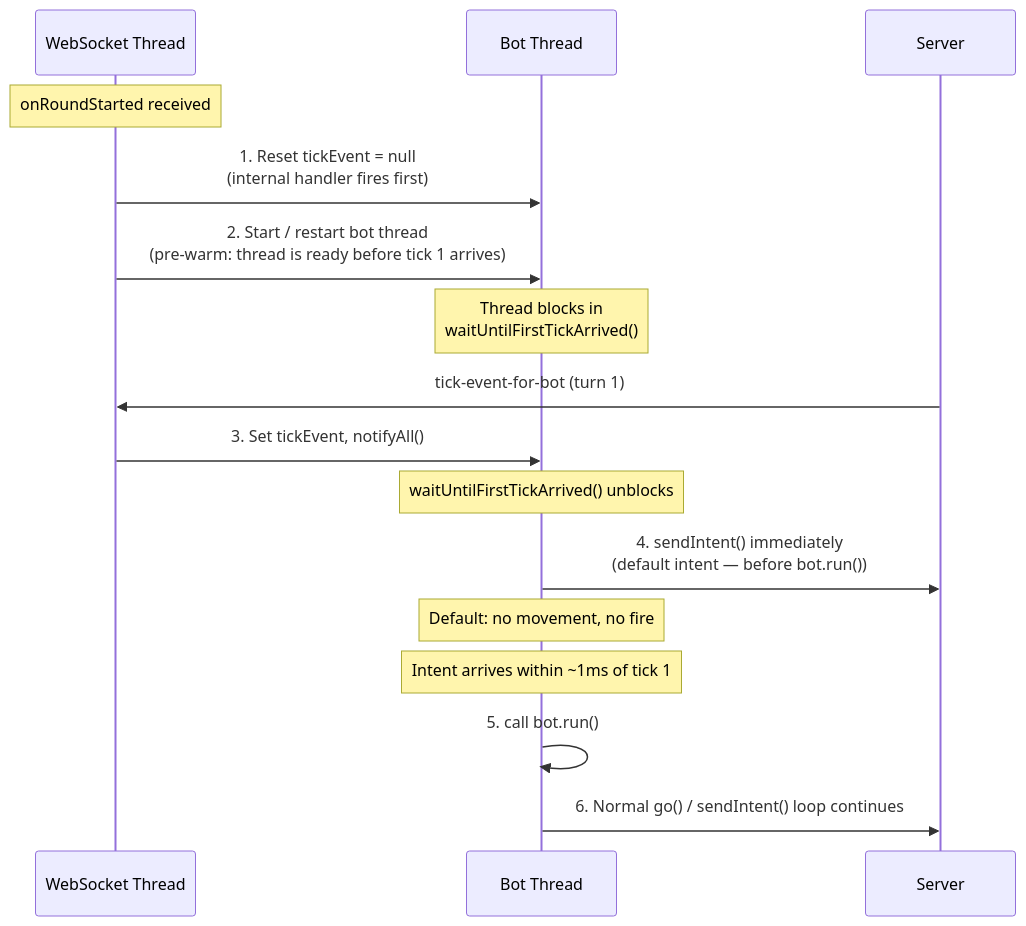
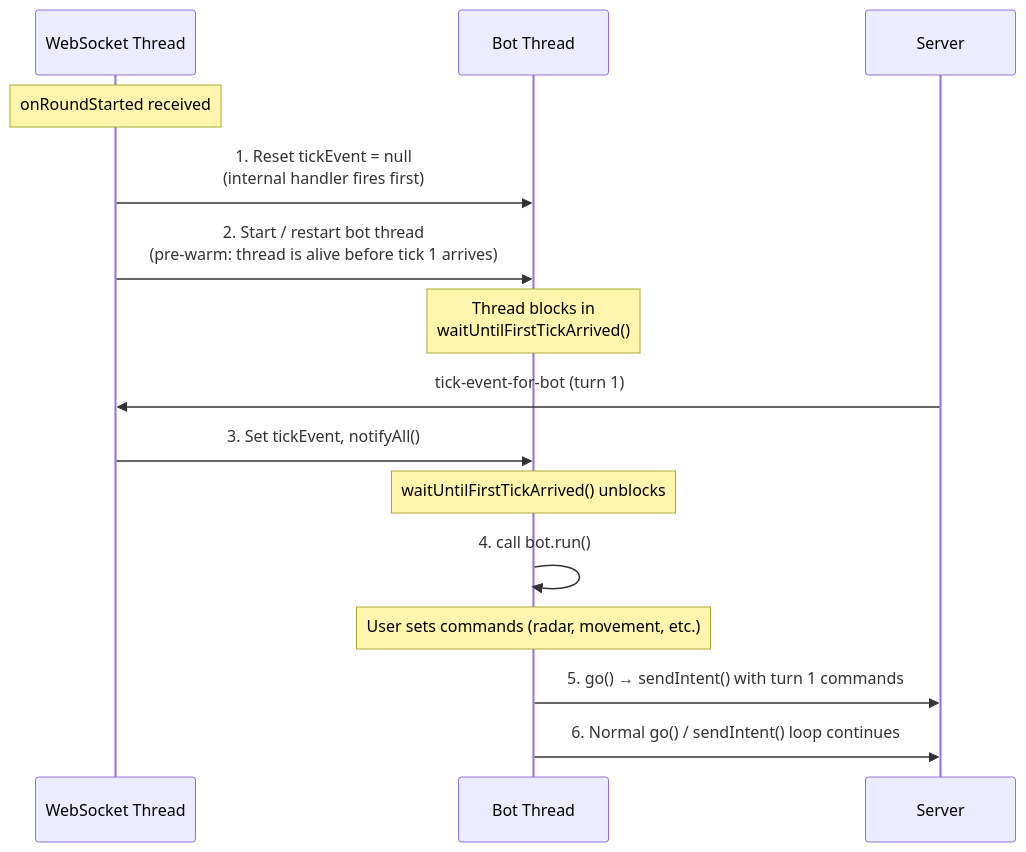
The fourth of 9 diagrams in docs-internal/architecture/models/flows/turn-execution.md (robocode-dev/tank-royale), drawn with Mermaid before and after one commit. The commit also changed other lines of this file and 23 other files, not shown here.

First line of the commit message:
fix(#202): drop pre-warm sendIntent; raise readyTimeout default to 10s

````diff
--- a/docs-internal/architecture/models/flows/turn-execution.md
+++ b/docs-internal/architecture/models/flows/turn-execution.md
@@ -575,26 +575,24 @@
 ```mermaid
 sequenceDiagram
     participant WebSocket as WebSocket Thread
     participant BotThread as Bot Thread
     participant Server
 
     Note over WebSocket: onRoundStarted received
 
     WebSocket->>BotThread: 1. Reset tickEvent = null<br/>(internal handler fires first)
-    WebSocket->>BotThread: 2. Start / restart bot thread<br/>(pre-warm: thread is ready before tick 1 arrives)
+    WebSocket->>BotThread: 2. Start / restart bot thread<br/>(pre-warm: thread is alive before tick 1 arrives)
 
     Note over BotThread: Thread blocks in<br/>waitUntilFirstTickArrived()
 
     Server->>WebSocket: tick-event-for-bot (turn 1)
 
     WebSocket->>BotThread: 3. Set tickEvent, notifyAll()
 
     Note over BotThread: waitUntilFirstTickArrived() unblocks
 
-    BotThread->>Server: 4. sendIntent() immediately<br/>(default intent — before bot.run())
-    Note over BotThread: Default: no movement, no fire
-    Note over BotThread: Intent arrives within ~1ms of tick 1
-
-    BotThread->>BotThread: 5. call bot.run()
+    BotThread->>BotThread: 4. call bot.run()
+    Note over BotThread: User sets commands (radar, movement, etc.)
+    BotThread->>Server: 5. go() → sendIntent() with turn 1 commands
     BotThread->>Server: 6. Normal go() / sendIntent() loop continues
 ```
````
